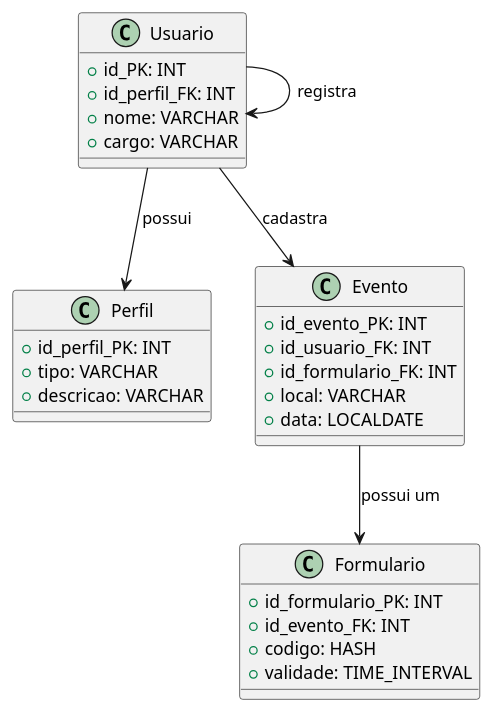
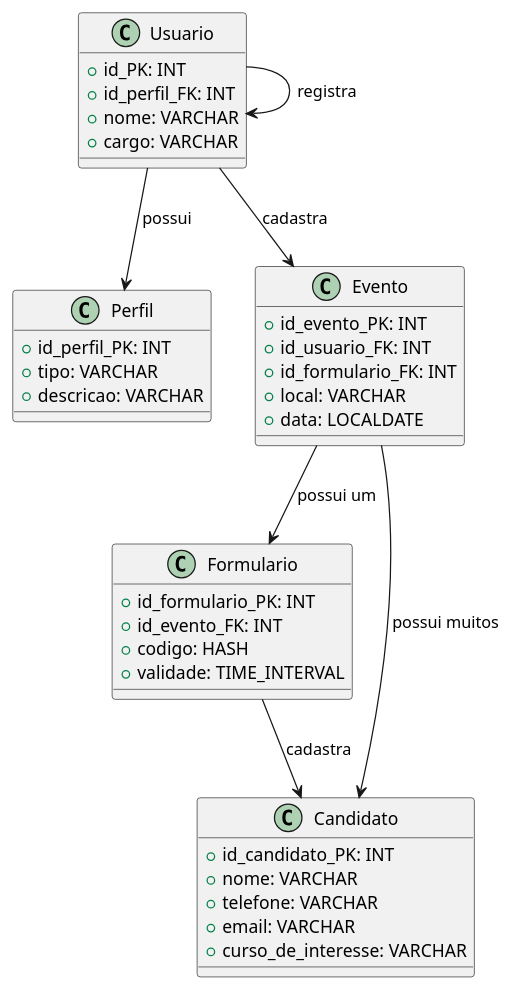
One commit to gmar02/gestao-leads changed the diagram in gestao-leads.puml. Above: the diagram before and after it, drawn with PlantUML. The commit also changed 1 other file, not shown here.

```diff
--- a/gestao-leads.puml
+++ b/gestao-leads.puml
@@ -1,37 +1,49 @@
-@startuml
+@startuml gestao-leads
 
 class Usuario {
   +id_PK: INT
   +id_perfil_FK: INT
   +nome: VARCHAR
   +cargo: VARCHAR
 }
 
 class Perfil {
     +id_perfil_PK: INT
     +tipo: VARCHAR
     +descricao: VARCHAR
 }
 
 Usuario --> Perfil : possui
 
 class Evento {
     +id_evento_PK: INT
     +id_usuario_FK: INT
     +id_formulario_FK: INT
     +local: VARCHAR
     +data: LOCALDATE
 }
 
 class Formulario {
     +id_formulario_PK: INT
     +id_evento_FK: INT
     +codigo: HASH
     +validade: TIME_INTERVAL
 }
 
 Usuario --> Evento : cadastra
 Usuario --> Usuario : registra
 
+class Candidato {
+    +id_candidato_PK: INT
+    +nome: VARCHAR
+    +telefone: VARCHAR
+    +email: VARCHAR
+    +curso_de_interesse: VARCHAR
+}
+
+Evento --> Candidato : possui muitos 
+
 Evento --> Formulario : possui um
+
+Formulario --> Candidato: cadastra 
 @enduml
```
